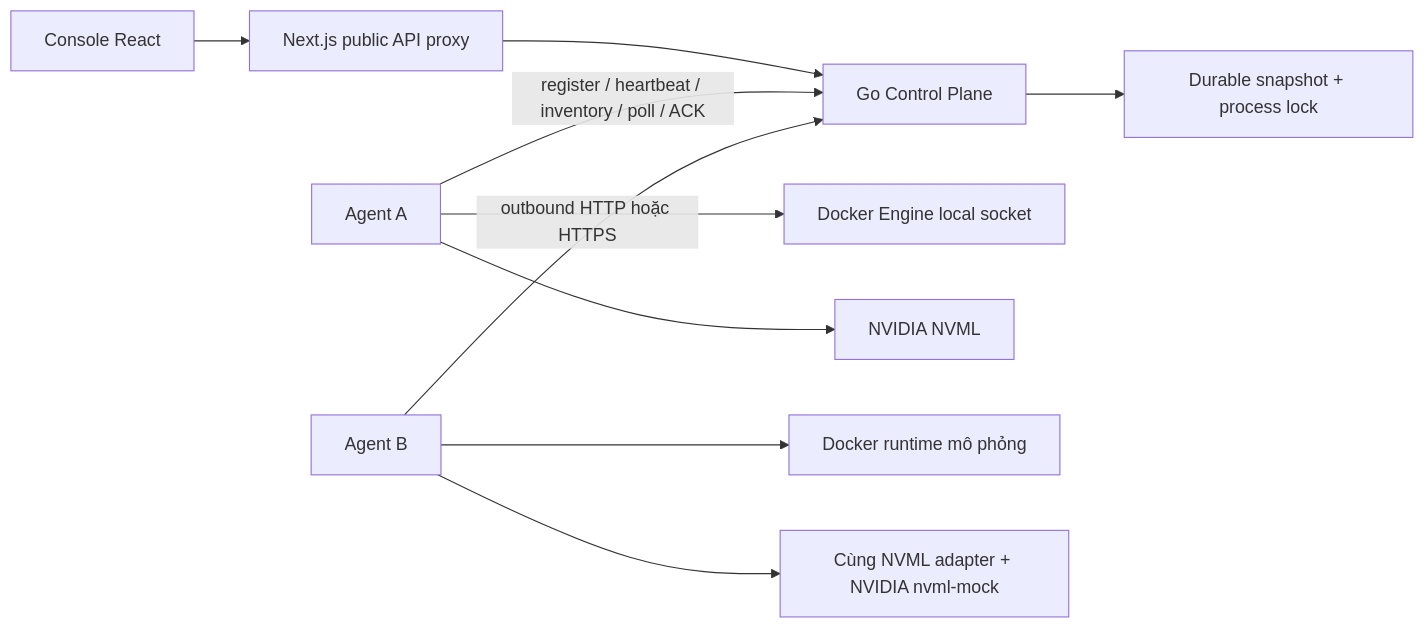
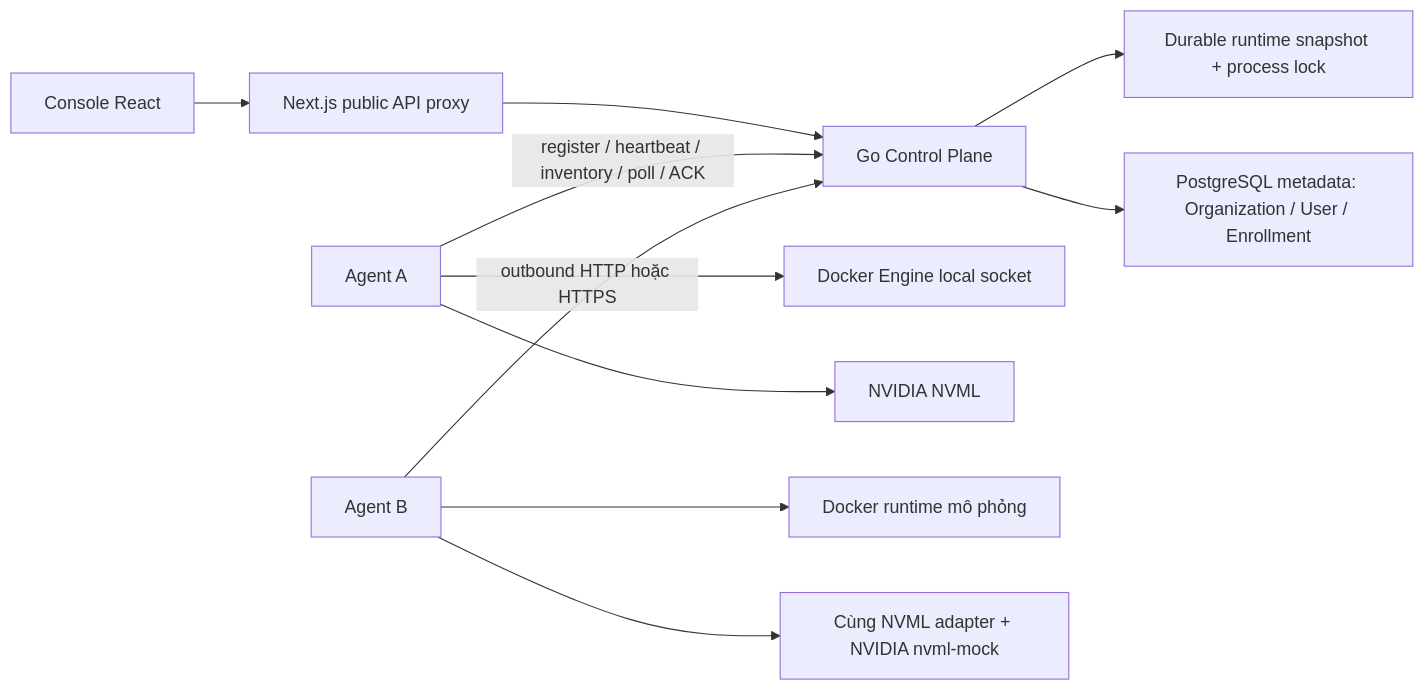
Before and after one commit to NgocDungK68/docker-gpu-server-platform: the diagram in README.md, drawn with Mermaid. The commit also changed other lines of this file and 32 other files, not shown here.

```diff
--- a/README.md
+++ b/README.md
@@ -85,12 +54,13 @@
 ~~~mermaid
 flowchart LR
     Browser[Console React] --> BFF[Next.js public API proxy]
     BFF --> CP[Go Control Plane]
-    CP --> State[Durable snapshot + process lock]
+    CP --> State[Durable runtime snapshot + process lock]
+    CP --> Meta[PostgreSQL metadata: Organization / User / Enrollment]
     A[Agent A] -->|register / heartbeat / inventory / poll / ACK| CP
     B[Agent B] -->|outbound HTTP hoặc HTTPS| CP
     A --> DA[Docker Engine local socket]
     A --> NA[NVIDIA NVML]
     B --> DB[Docker runtime mô phỏng]
     B --> NB[Cùng NVML adapter + NVIDIA nvml-mock]
 ~~~
```
